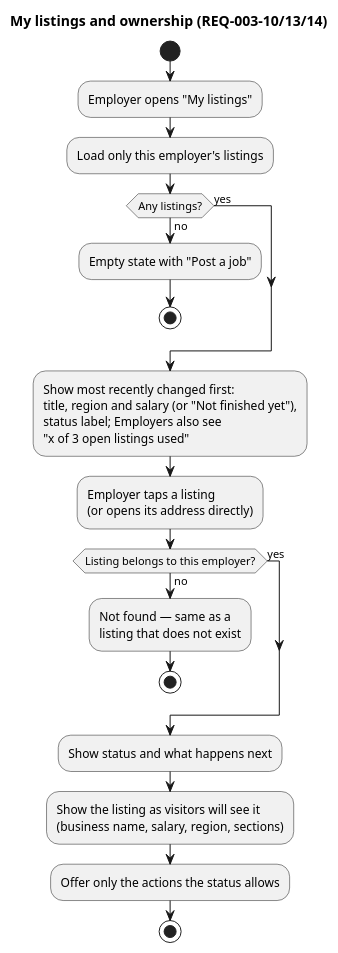
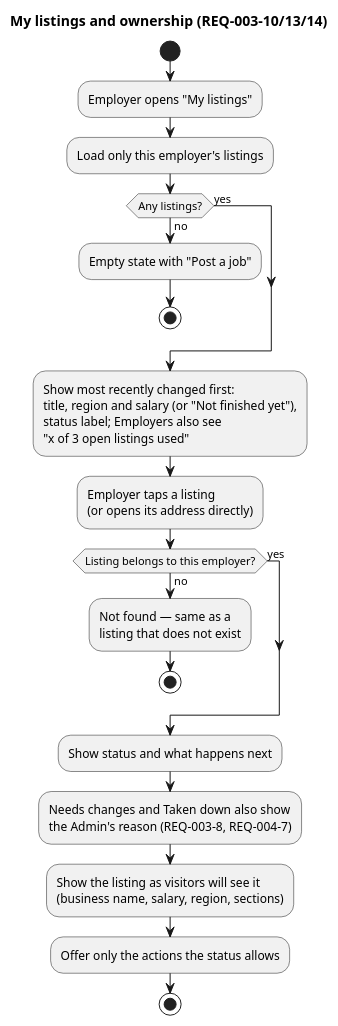
One commit to raseniero/jairojobs-elixir changed the diagram in docs/specs/003-listings-employer-posting/diagrams/activity-my-listings.puml. Above: the diagram before and after it, drawn with PlantUML. The commit also changed 16 other files, not shown here.

Commit message:
feat(web): reject and take down with a reason (REQ-004-6, REQ-004-7)

```diff
--- a/docs/specs/003-listings-employer-posting/diagrams/activity-my-listings.puml
+++ b/docs/specs/003-listings-employer-posting/diagrams/activity-my-listings.puml
@@ -1,30 +1,32 @@
 @startuml activity-my-listings
 ' Spec 003 — the employer's own list, the owner view, and ownership (REQ-003-10, -13, -14)
 title My listings and ownership (REQ-003-10/13/14)
 
 start
 :Employer opens "My listings";
 :Load only this employer's listings;
 if (Any listings?) then (no)
   :Empty state with "Post a job";
   stop
 else (yes)
 endif
 :Show most recently changed first:
 title, region and salary (or "Not finished yet"),
 status label; Employers also see
 "x of 3 open listings used";
 :Employer taps a listing
 (or opens its address directly);
 if (Listing belongs to this employer?) then (no)
   :Not found — same as a
   listing that does not exist;
   stop
 else (yes)
 endif
 :Show status and what happens next;
+:Needs changes and Taken down also show
+the Admin's reason (REQ-003-8, REQ-004-7);
 :Show the listing as visitors will see it
 (business name, salary, region, sections);
 :Offer only the actions the status allows;
 stop
 @enduml
```
